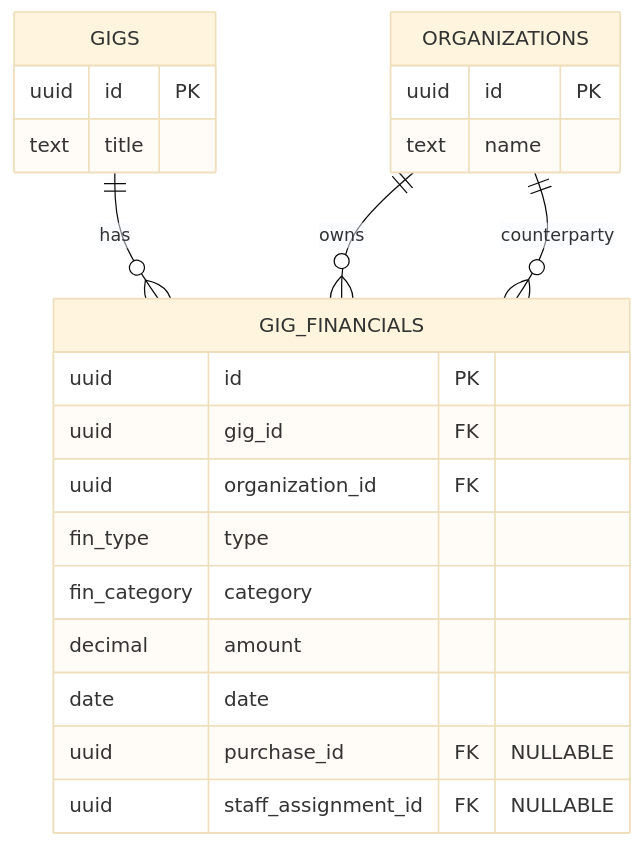
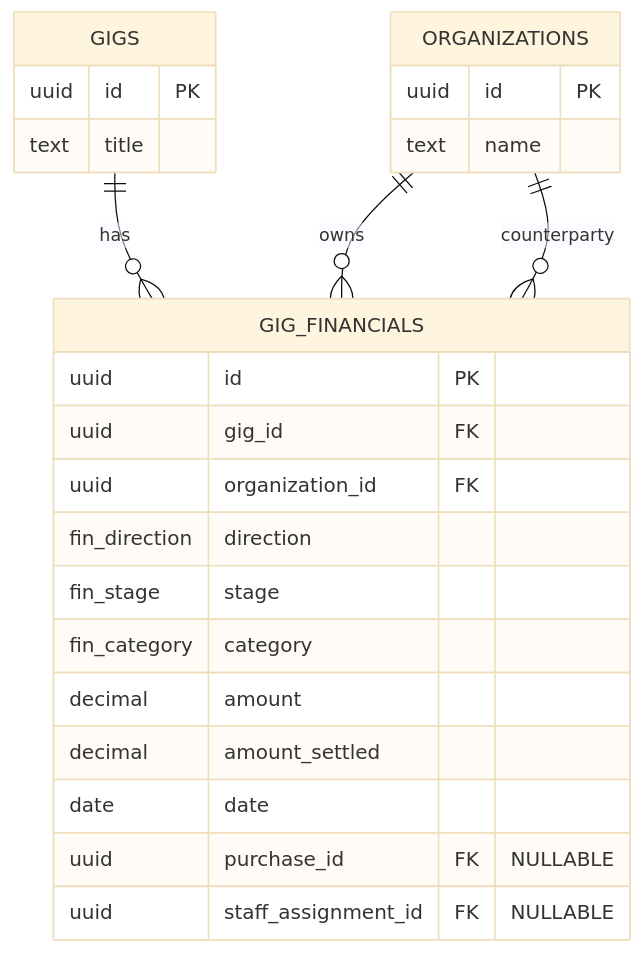
The fourth of 7 diagrams in docs/technical/database.md (corourke/GigManager), drawn with Mermaid (base theme) before and after one commit. The commit also changed other lines of this file and 43 other files, not shown here.

````diff
--- a/docs/technical/database.md
+++ b/docs/technical/database.md
@@ -576,26 +583,28 @@
 ```mermaid
 erDiagram
     GIGS {
         uuid id PK
         text title
     }
     ORGANIZATIONS {
         uuid id PK
         text name
     }
     GIG_FINANCIALS {
         uuid id PK
         uuid gig_id FK
         uuid organization_id FK
-        fin_type type
+        fin_direction direction
+        fin_stage stage
         fin_category category
         decimal amount
+        decimal amount_settled
         date date
         uuid purchase_id FK "NULLABLE"
         uuid staff_assignment_id FK "NULLABLE"
     }
 
     GIGS ||--o{ GIG_FINANCIALS : has
     ORGANIZATIONS ||--o{ GIG_FINANCIALS : owns
     ORGANIZATIONS ||--o{ GIG_FINANCIALS : counterparty
 ```
````
